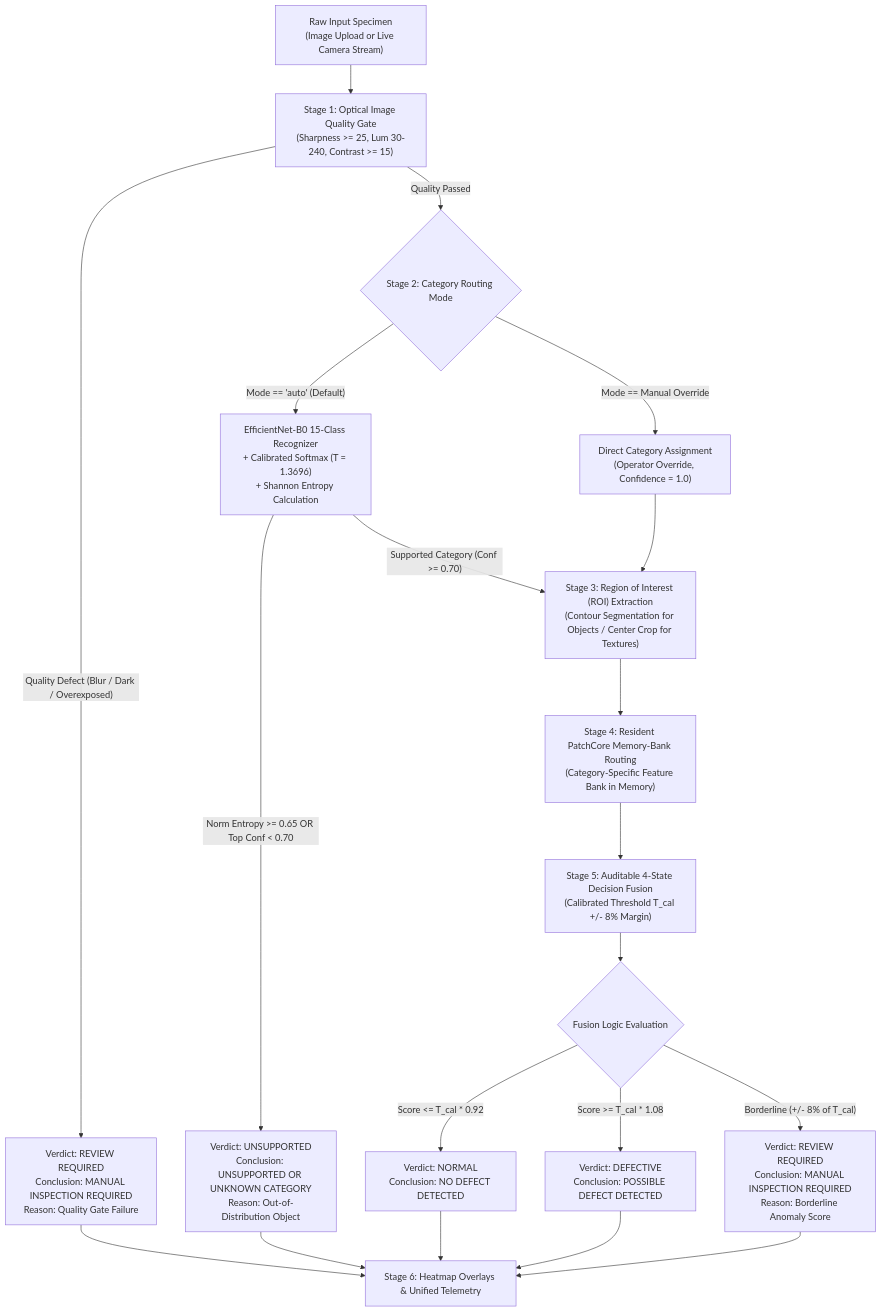
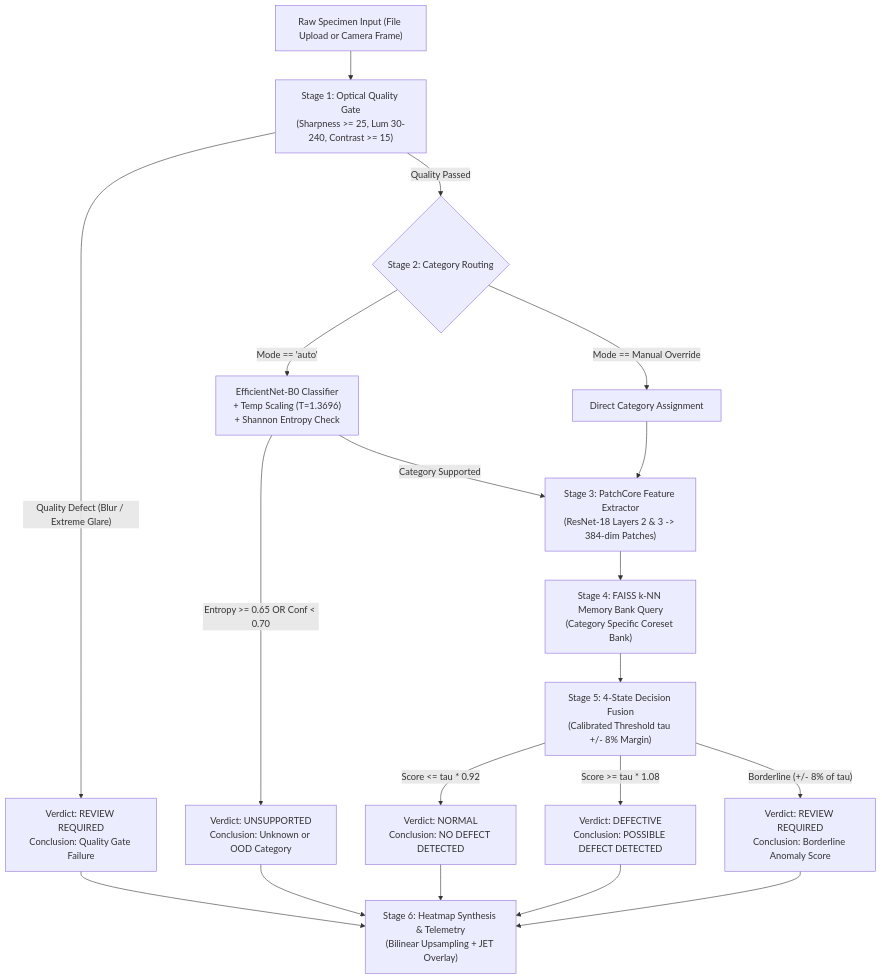
The diagram in README.md (suryacharan945/DefectVision-AI), drawn with Mermaid before and after one commit. The commit also changed other lines of this file and 19 other files, not shown here.

````diff
--- a/README.md
+++ b/README.md
@@ -36,33 +59,30 @@
 ```mermaid
 flowchart TD
-    A["Raw Input Specimen\n(Image Upload or Live Camera Stream)"] --> B["Stage 1: Optical Image Quality Gate\n(Sharpness >= 25, Lum 30-240, Contrast >= 15)"]
+    A["Raw Specimen Input (File Upload or Camera Frame)"] --> B["Stage 1: Optical Quality Gate\n(Sharpness >= 25, Lum 30-240, Contrast >= 15)"]
 
-    B -- "Quality Defect (Blur / Dark / Overexposed)" --> R1["Verdict: REVIEW REQUIRED\nConclusion: MANUAL INSPECTION REQUIRED\nReason: Quality Gate Failure"]
+    B -- "Quality Defect (Blur / Extreme Glare)" --> R1["Verdict: REVIEW REQUIRED\nConclusion: Quality Gate Failure"]
 
-    B -- "Quality Passed" --> C{"Stage 2: Category Routing Mode"}
+    B -- "Quality Passed" --> C{"Stage 2: Category Routing"}
 
-    C -- "Mode == 'auto' (Default)" --> D["EfficientNet-B0 15-Class Recognizer\n+ Calibrated Softmax (T = 1.3696)\n+ Shannon Entropy Calculation"]
+    C -- "Mode == 'auto'" --> D["EfficientNet-B0 Classifier\n+ Temp Scaling (T=1.3696)\n+ Shannon Entropy Check"]
+    C -- "Mode == Manual Override" --> E["Direct Category Assignment"]
 
-    C -- "Mode == Manual Override" --> E["Direct Category Assignment\n(Operator Override, Confidence = 1.0)"]
+    D -- "Entropy >= 0.65 OR Conf < 0.70" --> R2["Verdict: UNSUPPORTED\nConclusion: Unknown or OOD Category"]
 
-    D -- "Norm Entropy >= 0.65 OR Top Conf < 0.70" --> R2["Verdict: UNSUPPORTED\nConclusion: UNSUPPORTED OR UNKNOWN CATEGORY\nReason: Out-of-Distribution Object"]
-
-    D -- "Supported Category (Conf >= 0.70)" --> F["Stage 3: Region of Interest (ROI) Extraction\n(Contour Segmentation for Objects / Center Crop for Textures)"]
+    D -- "Category Supported" --> F["Stage 3: PatchCore Feature Extractor\n(ResNet-18 Layers 2 & 3 -> 384-dim Patches)"]
     E --> F
 
-    F --> G["Stage 4: Resident PatchCore Memory-Bank Routing\n(Category-Specific Feature Bank in Memory)"]
+    F --> G["Stage 4: FAISS k-NN Memory Bank Query\n(Category Specific Coreset Bank)"]
 
-    G --> H["Stage 5: Auditable 4-State Decision Fusion\n(Calibrated Threshold T_cal +/- 8% Margin)"]
+    G --> H["Stage 5: 4-State Decision Fusion\n(Calibrated Threshold tau +/- 8% Margin)"]
 
-    H --> I{"Fusion Logic Evaluation"}
+    H -- "Score <= tau * 0.92" --> V1["Verdict: NORMAL\nConclusion: NO DEFECT DETECTED"]
+    H -- "Score >= tau * 1.08" --> V2["Verdict: DEFECTIVE\nConclusion: POSSIBLE DEFECT DETECTED"]
+    H -- "Borderline (+/- 8% of tau)" --> V3["Verdict: REVIEW REQUIRED\nConclusion: Borderline Anomaly Score"]
 
-    I -- "Score <= T_cal * 0.92" --> V1["Verdict: NORMAL\nConclusion: NO DEFECT DETECTED"]
-    I -- "Score >= T_cal * 1.08" --> V2["Verdict: DEFECTIVE\nConclusion: POSSIBLE DEFECT DETECTED"]
-    I -- "Borderline (+/- 8% of T_cal)" --> V3["Verdict: REVIEW REQUIRED\nConclusion: MANUAL INSPECTION REQUIRED\nReason: Borderline Anomaly Score"]
-
-    V1 --> J["Stage 6: Heatmap Overlays & Unified Telemetry"]
-    V2 --> J
-    V3 --> J
-    R1 --> J
-    R2 --> J
+    V1 --> I["Stage 6: Heatmap Synthesis & Telemetry\n(Bilinear Upsampling + JET Overlay)"]
+    V2 --> I
+    V3 --> I
+    R1 --> I
+    R2 --> I
 ```
````
